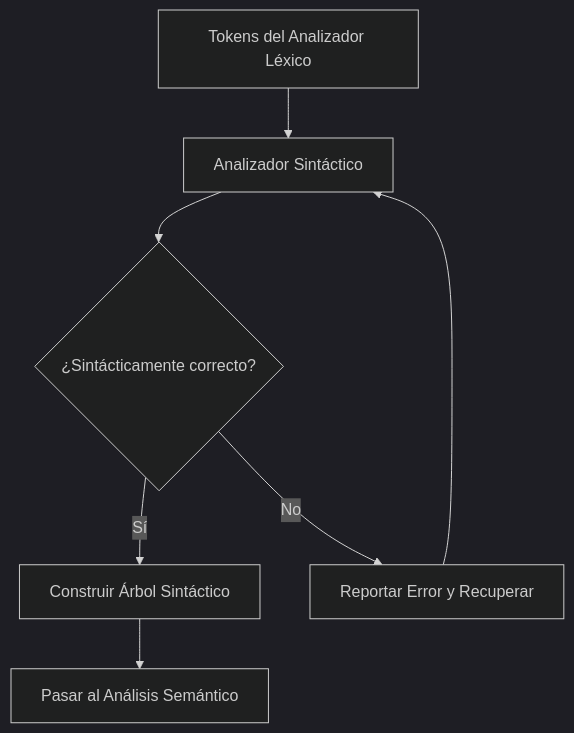
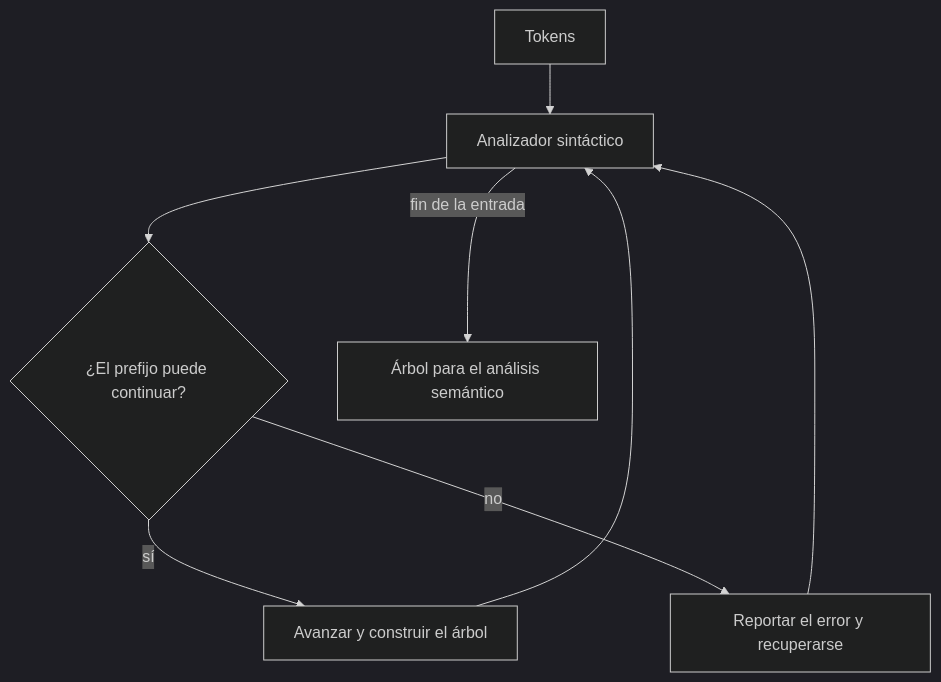
One commit to djaimej/computer-science-template changed the second of 2 diagrams in public/documents/semester-7/1/7131.md. Above: the diagram before and after it, drawn with Mermaid (dark theme). The commit also changed other lines of this file and 6 other files, not shown here.

````diff
--- a/public/documents/semester-7/1/7131.md
+++ b/public/documents/semester-7/1/7131.md
@@ -151,9 +51,10 @@
 ```mermaid
 flowchart TD
-    A[Tokens del Analizador Léxico] --> B[Analizador Sintáctico]
-    B --> C{¿Sintácticamente correcto?}
-    C -->|Sí| D[Construir Árbol Sintáctico]
-    C -->|No| E[Reportar Error y Recuperar]
-    D --> F[Pasar al Análisis Semántico]
+    A["Tokens"] --> B["Analizador sintáctico"]
+    B --> C{"¿El prefijo puede continuar?"}
+    C -->|"sí"| D["Avanzar y construir el árbol"]
+    D --> B
+    C -->|"no"| E["Reportar el error y recuperarse"]
     E --> B
+    B -->|"fin de la entrada"| F["Árbol para el análisis semántico"]
 ```
````
